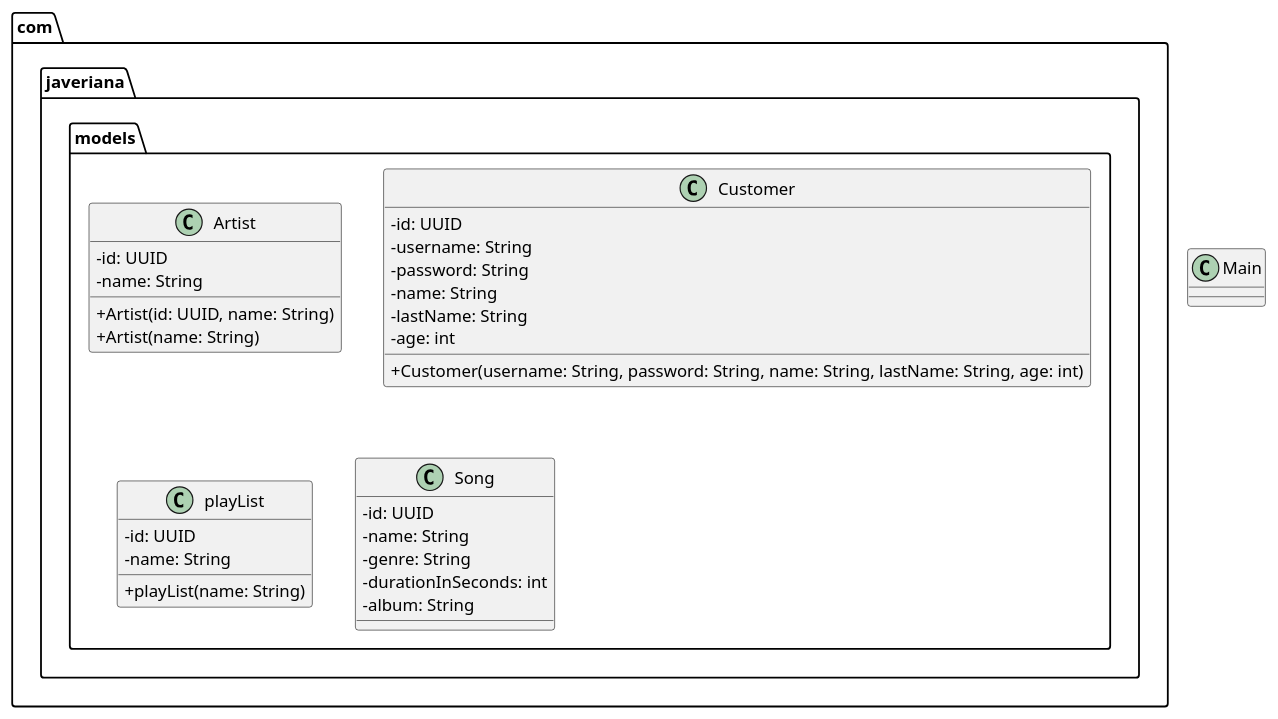
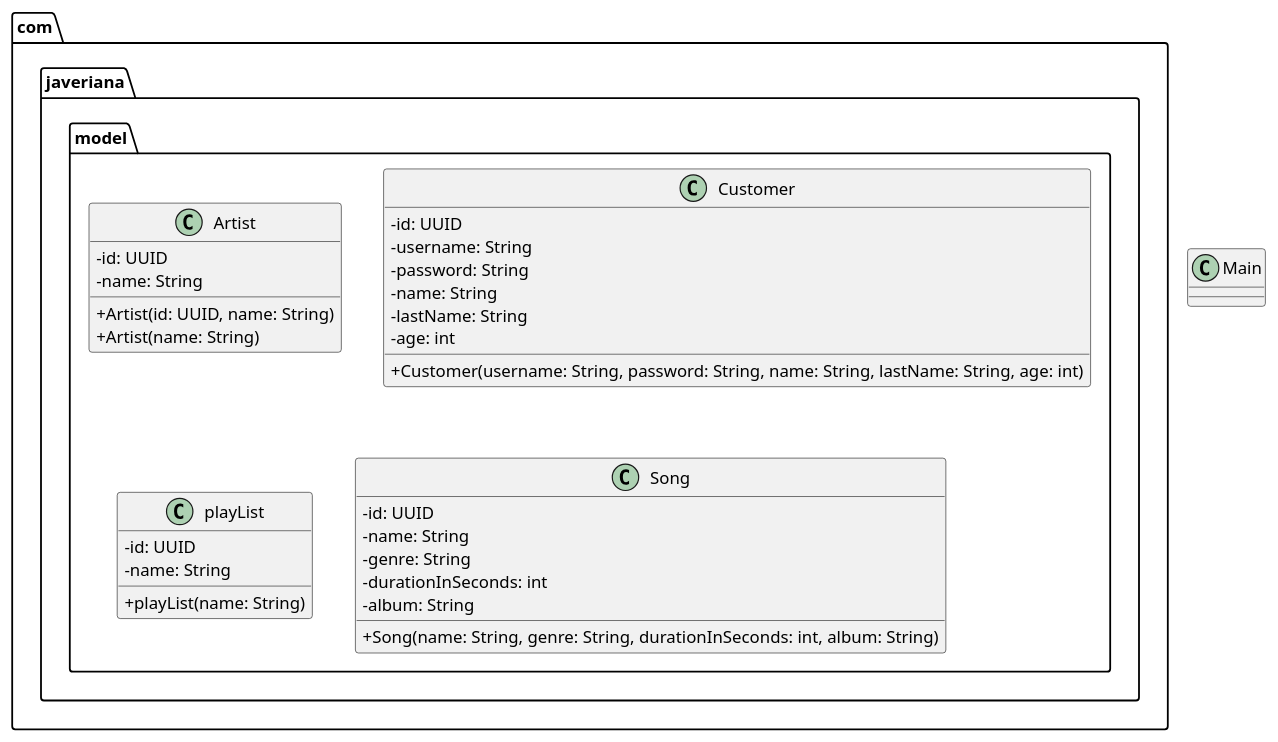
One commit to clase-programacion-avanzada/JAVA-Workshop-6 changed the diagram in taller6-diagramas.puml. Above: the diagram before and after it, drawn with PlantUML. The commit also changed 6 other files, not shown here.

```diff
--- a/taller6-diagramas.puml
+++ b/taller6-diagramas.puml
@@ -1,42 +1,45 @@
 @startuml
 skinparam classAttributeIconSize 0
-class com.javeriana.models.Artist {
+class com.javeriana.model.Artist {
     - id: UUID
     - name: String
 
     + Artist(id: UUID, name: String)
     + Artist(name: String)
 }
 
-class com.javeriana.models.Customer {
+class com.javeriana.model.Customer {
     - id: UUID
     - username: String
     - password: String
     - name: String
     - lastName: String
     - age: int
 
     + Customer(username: String, password: String, name: String, lastName: String, age: int)
 }
 
-class com.javeriana.models.playList {
+class com.javeriana.model.playList {
     - id: UUID
     - name: String
 
     + playList(name: String)
+
 }
 
-class com.javeriana.models.Song {
+class com.javeriana.model.Song {
     - id: UUID
     - name: String
     - genre: String
     - durationInSeconds: int
     - album: String
+
+    + Song(name: String, genre: String, durationInSeconds: int, album: String)
 }
 
 class Main {
 
 
 }
 
 @enduml
```
